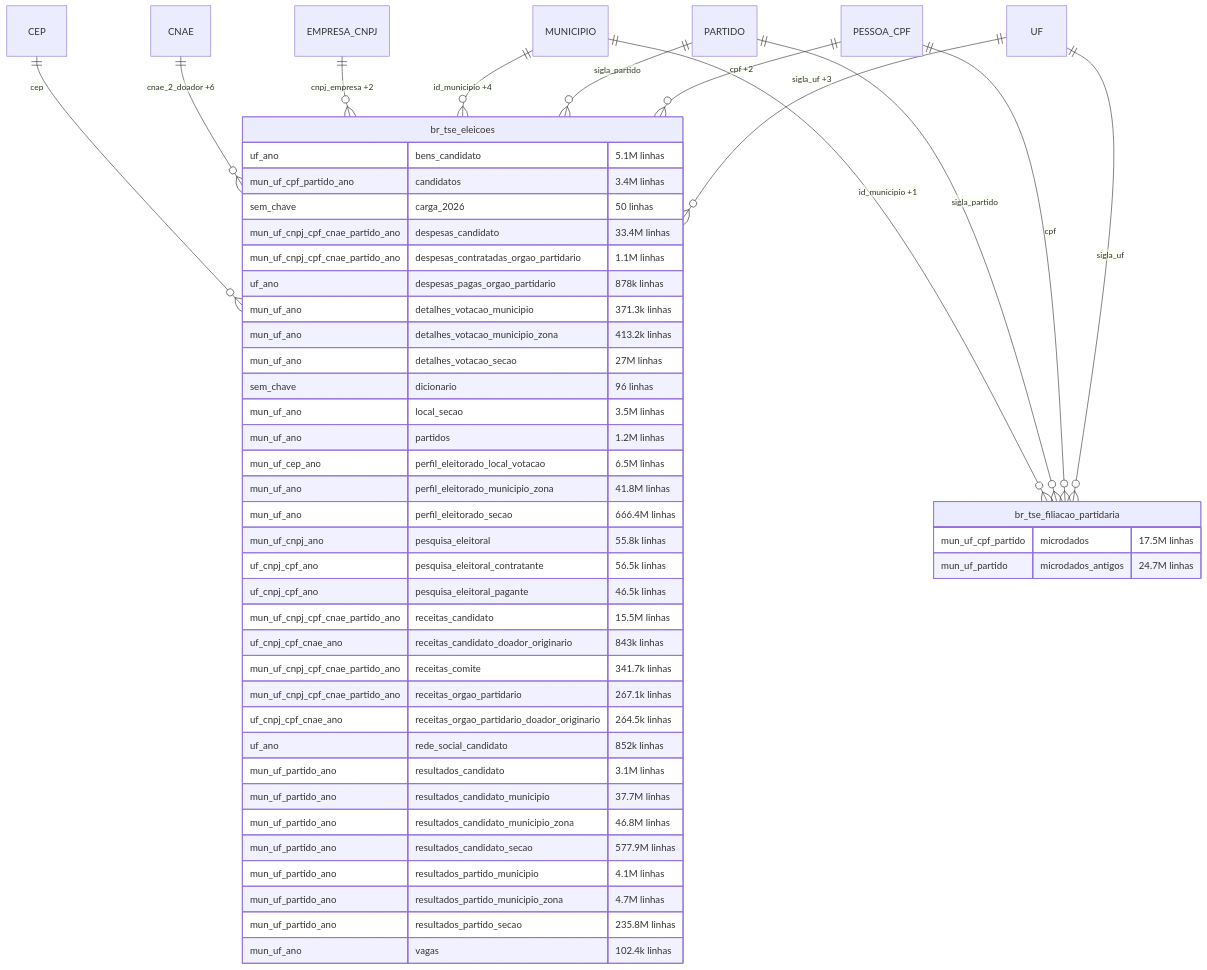
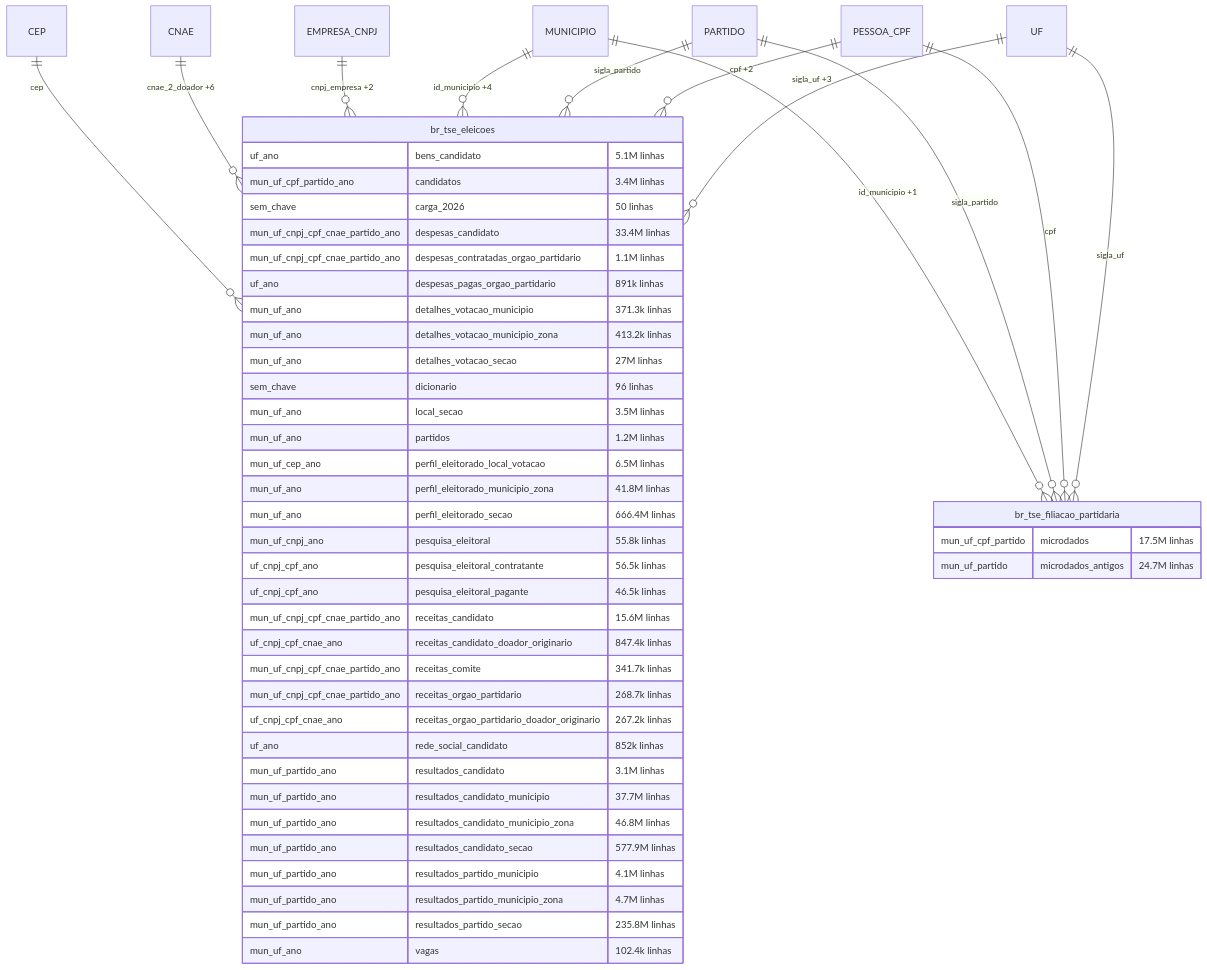
Diagram 20 of 37 in docs/mapa/ERD.md (rafapolo/rodado), drawn with Mermaid before and after one commit. The commit also changed other lines of this file and 64 other files, not shown here.

````diff
--- a/docs/mapa/ERD.md
+++ b/docs/mapa/ERD.md
@@ -1885,52 +1885,52 @@
 ```mermaid
 erDiagram
     CEP ||--o{ br_tse_eleicoes : "cep"
     CNAE ||--o{ br_tse_eleicoes : "cnae_2_doador +6"
     EMPRESA_CNPJ ||--o{ br_tse_eleicoes : "cnpj_empresa +2"
     MUNICIPIO ||--o{ br_tse_eleicoes : "id_municipio +4"
     PARTIDO ||--o{ br_tse_eleicoes : "sigla_partido"
     PESSOA_CPF ||--o{ br_tse_eleicoes : "cpf +2"
     UF ||--o{ br_tse_eleicoes : "sigla_uf +3"
     MUNICIPIO ||--o{ br_tse_filiacao_partidaria : "id_municipio +1"
     PARTIDO ||--o{ br_tse_filiacao_partidaria : "sigla_partido"
     PESSOA_CPF ||--o{ br_tse_filiacao_partidaria : "cpf"
     UF ||--o{ br_tse_filiacao_partidaria : "sigla_uf"
     br_tse_eleicoes {
         uf_ano bens_candidato "5.1M linhas"
         mun_uf_cpf_partido_ano candidatos "3.4M linhas"
         sem_chave carga_2026 "50 linhas"
         mun_uf_cnpj_cpf_cnae_partido_ano despesas_candidato "33.4M linhas"
         mun_uf_cnpj_cpf_cnae_partido_ano despesas_contratadas_orgao_partidario "1.1M linhas"
-        uf_ano despesas_pagas_orgao_partidario "878k linhas"
+        uf_ano despesas_pagas_orgao_partidario "891k linhas"
         mun_uf_ano detalhes_votacao_municipio "371.3k linhas"
         mun_uf_ano detalhes_votacao_municipio_zona "413.2k linhas"
         mun_uf_ano detalhes_votacao_secao "27M linhas"
         sem_chave dicionario "96 linhas"
         mun_uf_ano local_secao "3.5M linhas"
         mun_uf_ano partidos "1.2M linhas"
         mun_uf_cep_ano perfil_eleitorado_local_votacao "6.5M linhas"
         mun_uf_ano perfil_eleitorado_municipio_zona "41.8M linhas"
         mun_uf_ano perfil_eleitorado_secao "666.4M linhas"
         mun_uf_cnpj_ano pesquisa_eleitoral "55.8k linhas"
         uf_cnpj_cpf_ano pesquisa_eleitoral_contratante "56.5k linhas"
         uf_cnpj_cpf_ano pesquisa_eleitoral_pagante "46.5k linhas"
-        mun_uf_cnpj_cpf_cnae_partido_ano receitas_candidato "15.5M linhas"
-        uf_cnpj_cpf_cnae_ano receitas_candidato_doador_originario "843k linhas"
+        mun_uf_cnpj_cpf_cnae_partido_ano receitas_candidato "15.6M linhas"
+        uf_cnpj_cpf_cnae_ano receitas_candidato_doador_originario "847.4k linhas"
         mun_uf_cnpj_cpf_cnae_partido_ano receitas_comite "341.7k linhas"
-        mun_uf_cnpj_cpf_cnae_partido_ano receitas_orgao_partidario "267.1k linhas"
-        uf_cnpj_cpf_cnae_ano receitas_orgao_partidario_doador_originario "264.5k linhas"
+        mun_uf_cnpj_cpf_cnae_partido_ano receitas_orgao_partidario "268.7k linhas"
+        uf_cnpj_cpf_cnae_ano receitas_orgao_partidario_doador_originario "267.2k linhas"
         uf_ano rede_social_candidato "852k linhas"
         mun_uf_partido_ano resultados_candidato "3.1M linhas"
         mun_uf_partido_ano resultados_candidato_municipio "37.7M linhas"
         mun_uf_partido_ano resultados_candidato_municipio_zona "46.8M linhas"
         mun_uf_partido_ano resultados_candidato_secao "577.9M linhas"
         mun_uf_partido_ano resultados_partido_municipio "4.1M linhas"
         mun_uf_partido_ano resultados_partido_municipio_zona "4.7M linhas"
         mun_uf_partido_ano resultados_partido_secao "235.8M linhas"
         mun_uf_ano vagas "102.4k linhas"
     }
     br_tse_filiacao_partidaria {
         mun_uf_cpf_partido microdados "17.5M linhas"
         mun_uf_partido microdados_antigos "24.7M linhas"
     }
 ```
````
